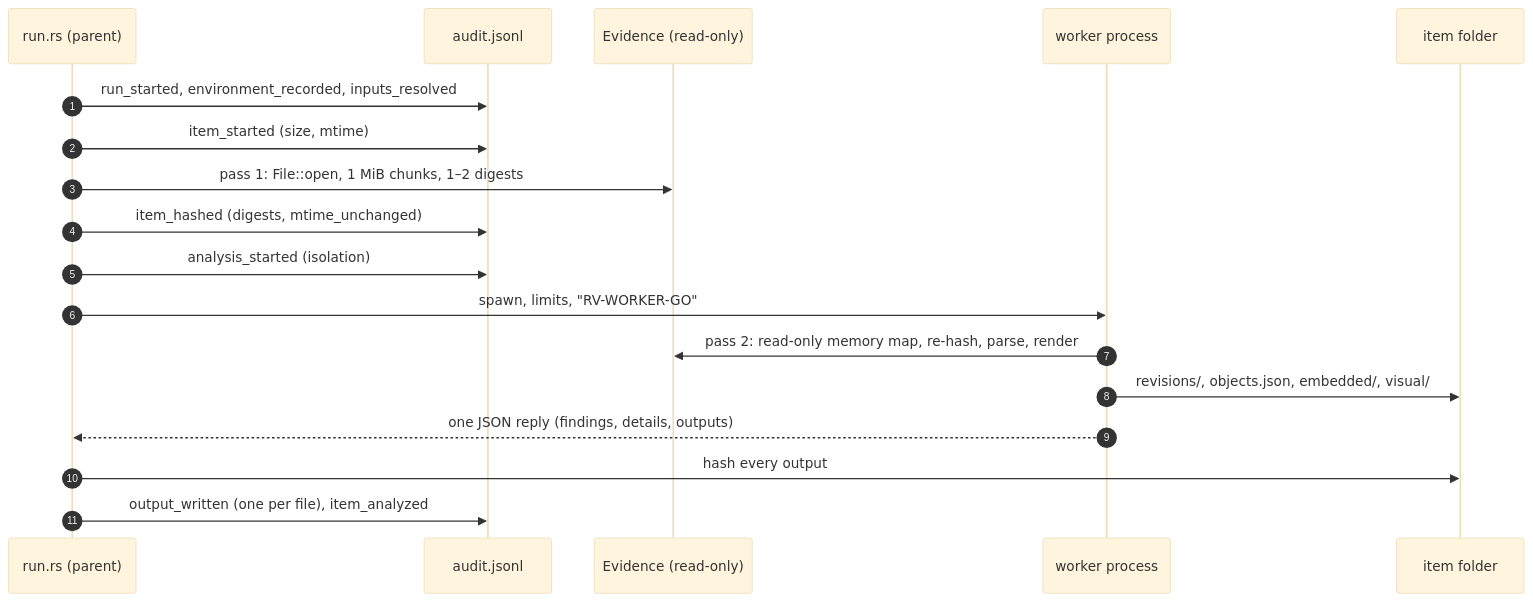
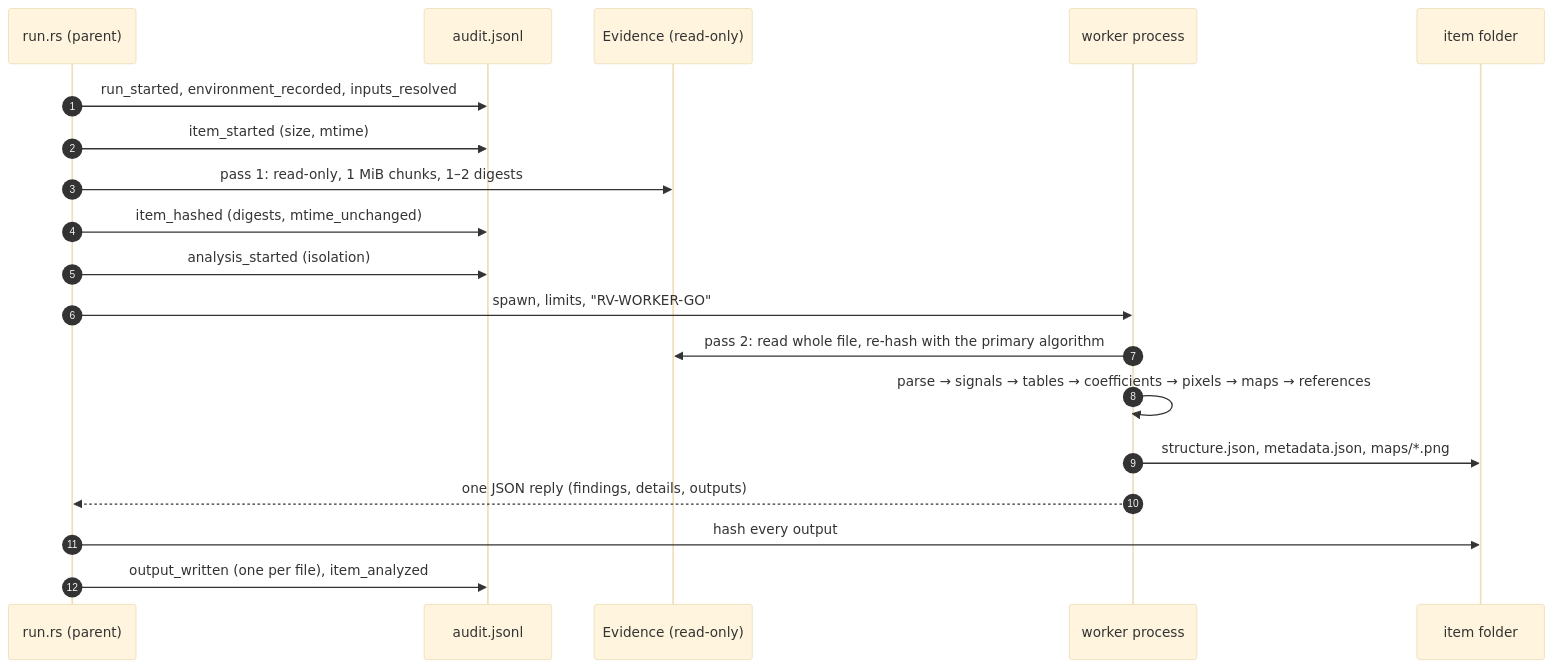
One commit to Panacota96/rv-imgauth changed the fourth of 5 diagrams in docs/theory.md. Above: the diagram before and after it, drawn with Mermaid (base theme). The commit also changed other lines of this file and 17 other files, not shown here.

````diff
--- a/docs/theory.md
+++ b/docs/theory.md
@@ -278,20 +352,21 @@
 ```mermaid
 sequenceDiagram
     autonumber
     participant R as run.rs (parent)
     participant A as audit.jsonl
     participant E as Evidence (read-only)
     participant W as worker process
     participant O as item folder
     R->>A: run_started, environment_recorded, inputs_resolved
     R->>A: item_started (size, mtime)
-    R->>E: pass 1: File::open, 1 MiB chunks, 1–2 digests
+    R->>E: pass 1: read-only, 1 MiB chunks, 1–2 digests
     R->>A: item_hashed (digests, mtime_unchanged)
     R->>A: analysis_started (isolation)
     R->>W: spawn, limits, "RV-WORKER-GO"
-    W->>E: pass 2: read-only memory map, re-hash, parse, render
-    W->>O: revisions/, objects.json, embedded/, visual/
+    W->>E: pass 2: read whole file, re-hash with the primary algorithm
+    W->>W: parse → signals → tables → coefficients → pixels → maps → references
+    W->>O: structure.json, metadata.json, maps/*.png
     W-->>R: one JSON reply (findings, details, outputs)
     R->>O: hash every output
     R->>A: output_written (one per file), item_analyzed
 ```
````
